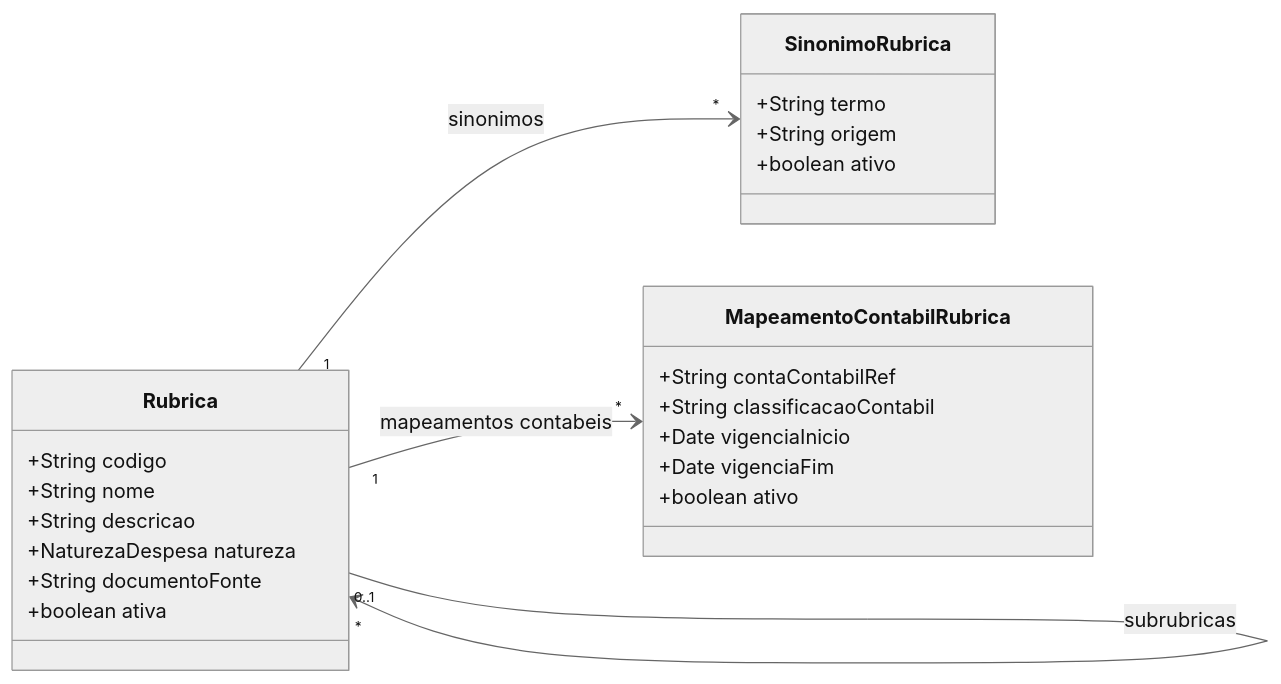
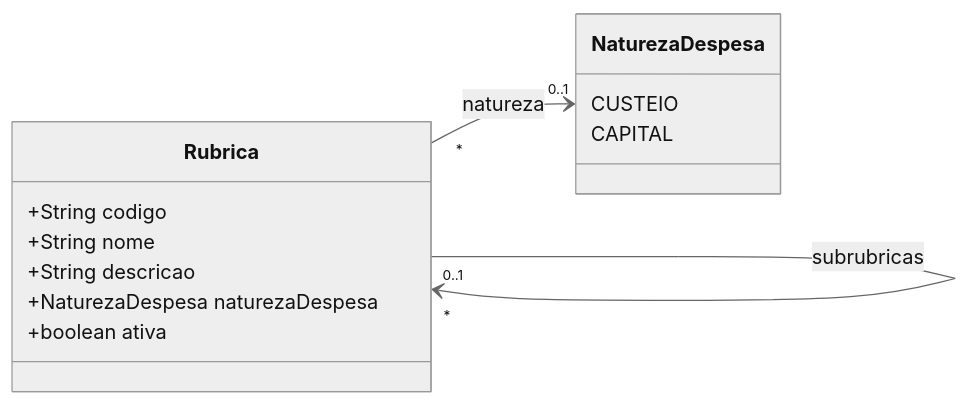
Before and after one commit to Czzped/conecta-fapes-teste: the diagram in docs/implementation/modules/M008-cadastros-corporativos/rubricas/modelo-estrutural.md, drawn with Mermaid (neutral theme). The commit also changed other lines of this file and 21 other files, not shown here.

````diff
--- a/docs/implementation/modules/M008-cadastros-corporativos/rubricas/modelo-estrutural.md
+++ b/docs/implementation/modules/M008-cadastros-corporativos/rubricas/modelo-estrutural.md
@@ -15,31 +13,21 @@
 ```mermaid
 classDiagram
     direction LR
 
     class Rubrica {
         +String codigo
         +String nome
         +String descricao
-        +NaturezaDespesa natureza
-        +String documentoFonte
+        +NaturezaDespesa naturezaDespesa
         +boolean ativa
     }
 
-    class SinonimoRubrica {
-        +String termo
-        +String origem
-        +boolean ativo
+    class NaturezaDespesa {
+        CUSTEIO
+        CAPITAL
     }
 
-    class MapeamentoContabilRubrica {
-        +String contaContabilRef
-        +String classificacaoContabil
-        +Date vigenciaInicio
-        +Date vigenciaFim
-        +boolean ativo
-    }
+   Rubrica  "*" --> "0..1"  NaturezaDespesa: natureza
 
     Rubrica "0..1" --> "*" Rubrica : subrubricas
-    Rubrica "1" --> "*" SinonimoRubrica : sinonimos
-    Rubrica "1" --> "*" MapeamentoContabilRubrica : mapeamentos contabeis
 ```
````
